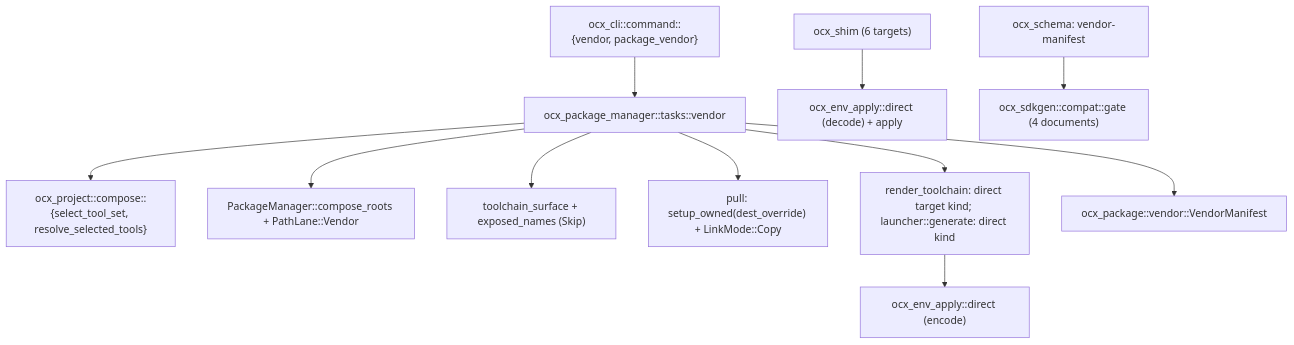
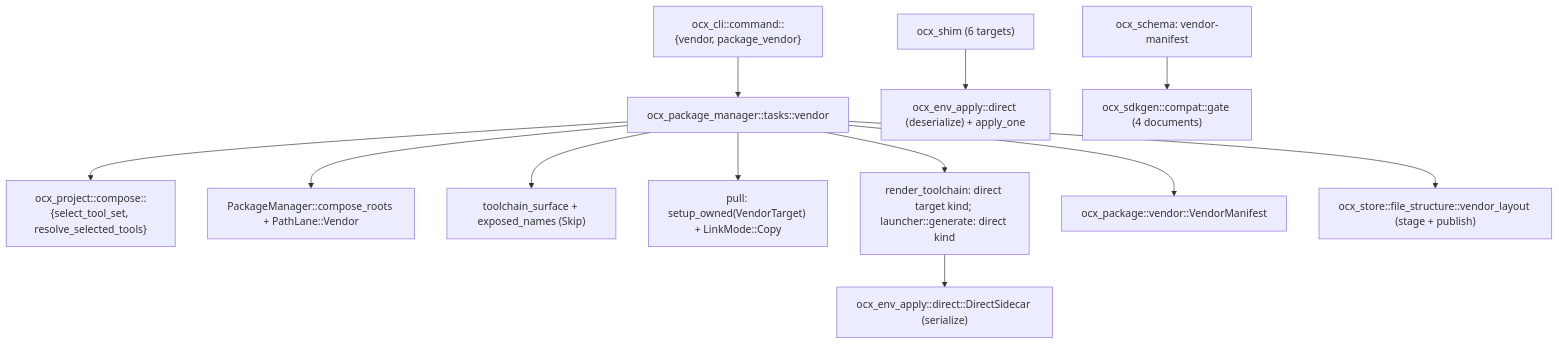
Before and after one commit to ocx-sh/ocx: the third of 3 diagrams in .claude/artifacts/system_design_vendor_rules_ocx.md, drawn with Mermaid. The commit also changed other lines of this file and 1 other file, not shown here.

Commit message:
chore: apply round-one review of the vendor ADR and system design

````diff
--- a/.claude/artifacts/system_design_vendor_rules_ocx.md
+++ b/.claude/artifacts/system_design_vendor_rules_ocx.md
@@ -74,13 +74,14 @@
 ```mermaid
 graph TB
     CMD["ocx_cli::command::{vendor, package_vendor}"] --> TASK["ocx_package_manager::tasks::vendor"]
     TASK --> SEL["ocx_project::compose::{select_tool_set, resolve_selected_tools}"]
     TASK --> CMP["PackageManager::compose_roots + PathLane::Vendor"]
     TASK --> NAM["toolchain_surface + exposed_names (Skip)"]
-    TASK --> PUL["pull: setup_owned(dest_override) + LinkMode::Copy"]
+    TASK --> PUL["pull: setup_owned(VendorTarget) + LinkMode::Copy"]
     TASK --> REN["render_toolchain: direct target kind; launcher::generate: direct kind"]
     TASK --> MAN["ocx_package::vendor::VendorManifest"]
-    REN --> COD["ocx_env_apply::direct (encode)"]
-    SHIM["ocx_shim (6 targets)"] --> COD2["ocx_env_apply::direct (decode) + apply"]
+    TASK --> STG["ocx_store::file_structure::vendor_layout (stage + publish)"]
+    REN --> COD["ocx_env_apply::direct::DirectSidecar (serialize)"]
+    SHIM["ocx_shim (6 targets)"] --> COD2["ocx_env_apply::direct (deserialize) + apply_one"]
     SCH["ocx_schema: vendor-manifest"] --> GATE["ocx_sdkgen::compat::gate (4 documents)"]
 ```
````
